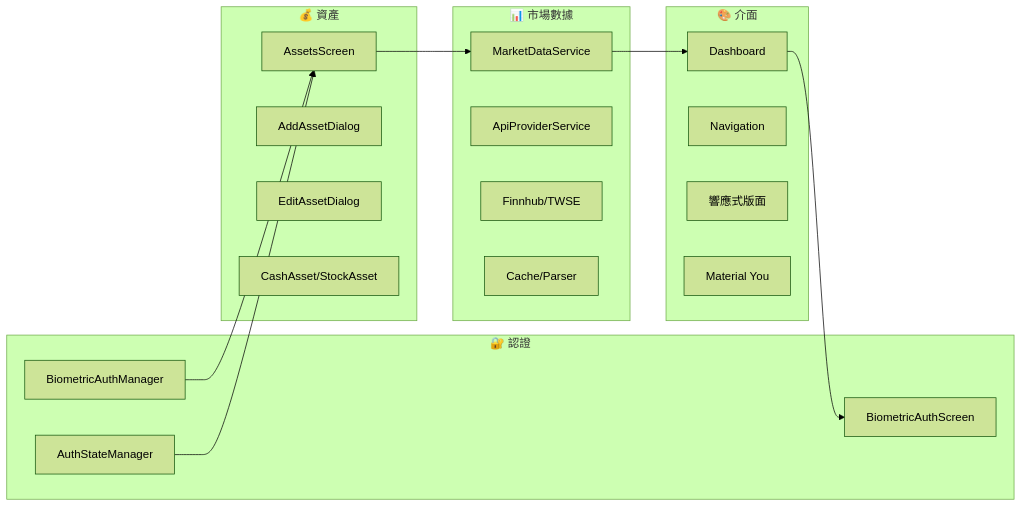
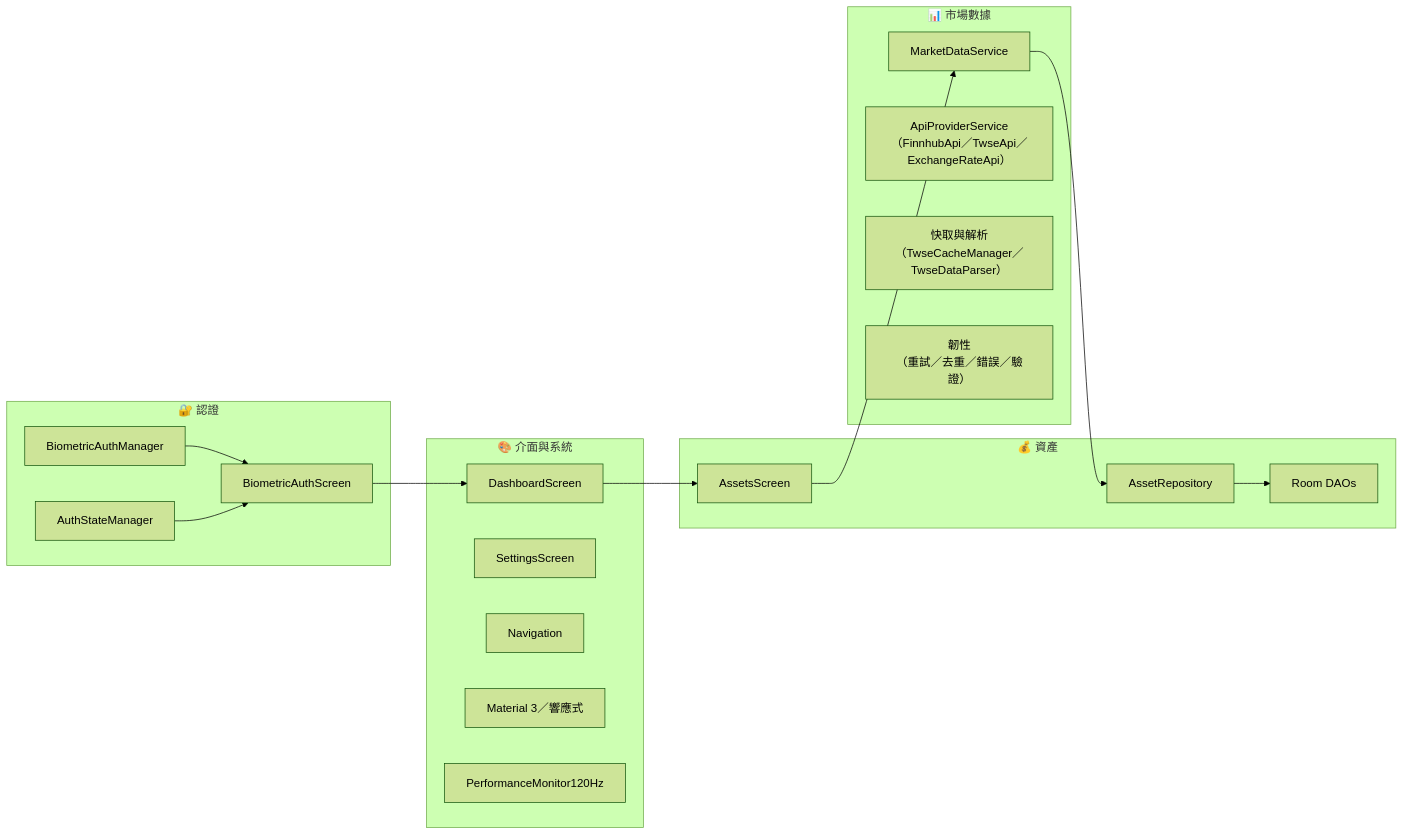
The second of 3 diagrams in README_zh.md (kuoyaoming/Wealth-Manager), drawn with Mermaid (forest theme) before and after one commit. The commit also changed other lines of this file and 15 other files, not shown here.

First line of the commit message:
Refactor: Update architecture diagrams and remove deprecated components

````diff
--- a/README_zh.md
+++ b/README_zh.md
@@ -146,35 +147,37 @@
 ```mermaid
 graph LR
-    subgraph "🔐 認證"
-        A1[BiometricAuthManager]
-        A2[AuthStateManager]
-        A3[BiometricAuthScreen]
-    end
+  subgraph "🔐 認證"
+    A1[BiometricAuthManager]
+    A2[AuthStateManager]
+    A3[BiometricAuthScreen]
+  end
 
-    subgraph "💰 資產"
-        B1[AssetsScreen]
-        B2[AddAssetDialog]
-        B3[EditAssetDialog]
-        B4[CashAsset/StockAsset]
-    end
+  subgraph "💰 資產"
+    B1[AssetsScreen]
+    B2[AssetRepository]
+    B3[Room DAOs]
+  end
 
-    subgraph "📊 市場數據"
-        C1[MarketDataService]
-        C2[ApiProviderService]
-        C3[Finnhub/TWSE]
-        C4[Cache/Parser]
-    end
+  subgraph "📊 市場數據"
+    C1[MarketDataService]
+    C2[ApiProviderService\n（FinnhubApi／TwseApi／ExchangeRateApi）]
+    C3[快取與解析\n（TwseCacheManager／TwseDataParser）]
+    C4[韌性\n（重試／去重／錯誤／驗證）]
+  end
 
-    subgraph "🎨 介面"
-        D1[Dashboard]
-        D2[Navigation]
-        D3[響應式版面]
-        D4[Material You]
-    end
+  subgraph "🎨 介面與系統"
+    D1[DashboardScreen]
+    D2[SettingsScreen]
+    D3[Navigation]
+    D4[Material 3／響應式]
+    D5[PerformanceMonitor120Hz]
+  end
 
-    A1 --> B1
-    A2 --> B1
-    B1 --> C1
-    C1 --> D1
-    D1 --> A3
+  A1 --> A3
+  A2 --> A3
+  A3 --> D1
+  D1 --> B1
+  B1 --> C1
+  C1 --> B2
+  B2 --> B3
 ```
````
